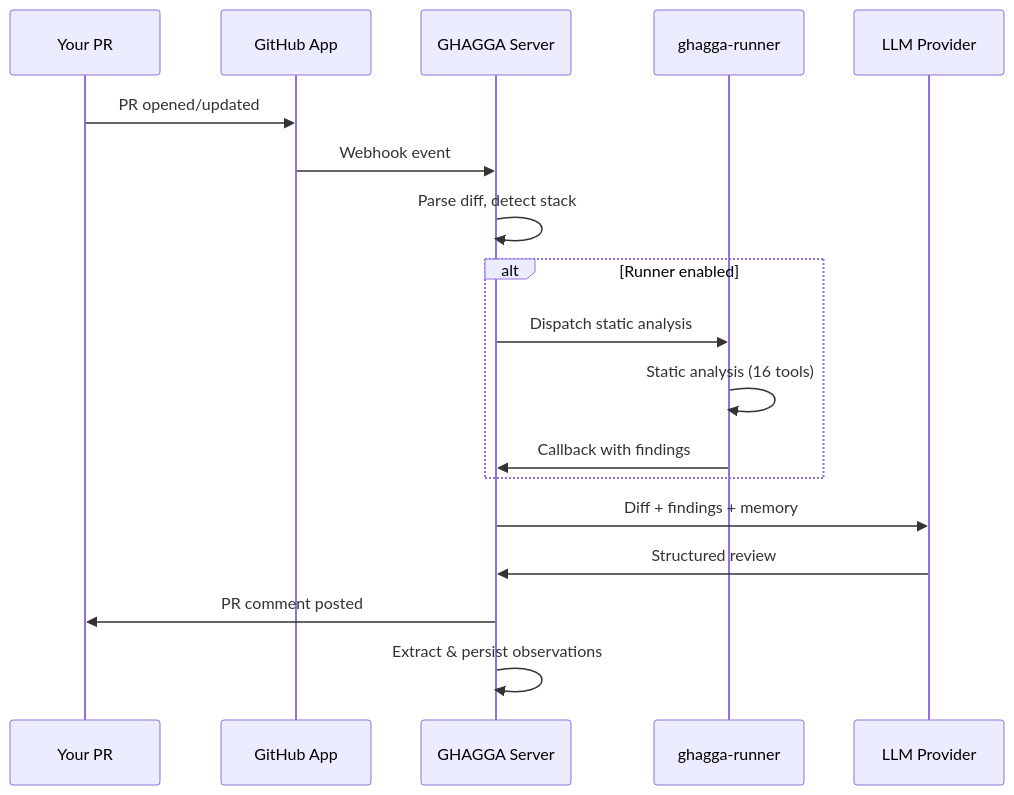
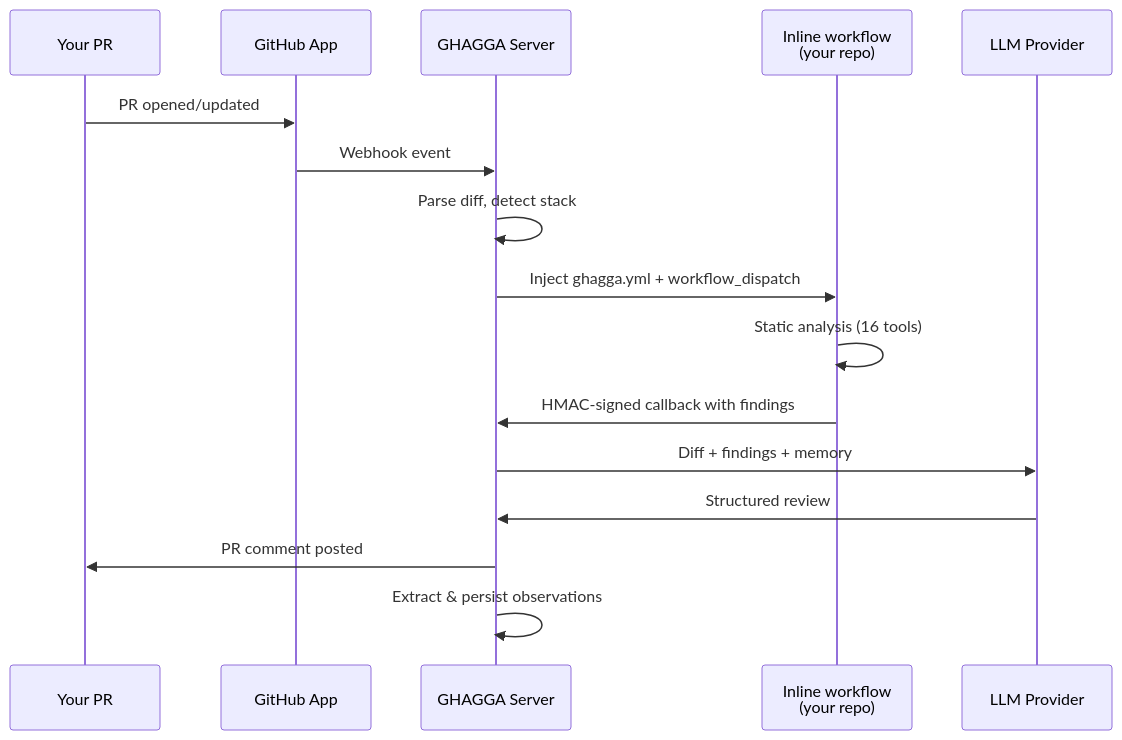
One commit to JNZader/ghagga changed the diagram in docs/saas-getting-started.md. Above: the diagram before and after it, drawn with Mermaid. The commit also changed other lines of this file and 64 other files, not shown here.

````diff
--- a/docs/saas-getting-started.md
+++ b/docs/saas-getting-started.md
@@ -141,21 +139,19 @@
 ```mermaid
 sequenceDiagram
     participant You as Your PR
     participant App as GitHub App
     participant Server as GHAGGA Server
-    participant Runner as ghagga-runner
+    participant Inline as Inline workflow<br/>(your repo)
     participant LLM as LLM Provider
 
     You->>App: PR opened/updated
     App->>Server: Webhook event
     Server->>Server: Parse diff, detect stack
-    alt Runner enabled
-        Server->>Runner: Dispatch static analysis
-        Runner->>Runner: Static analysis (16 tools)
-        Runner->>Server: Callback with findings
-    end
+    Server->>Inline: Inject ghagga.yml + workflow_dispatch
+    Inline->>Inline: Static analysis (16 tools)
+    Inline->>Server: HMAC-signed callback with findings
     Server->>LLM: Diff + findings + memory
     LLM->>Server: Structured review
     Server->>You: PR comment posted
     Server->>Server: Extract & persist observations
 ```
````
